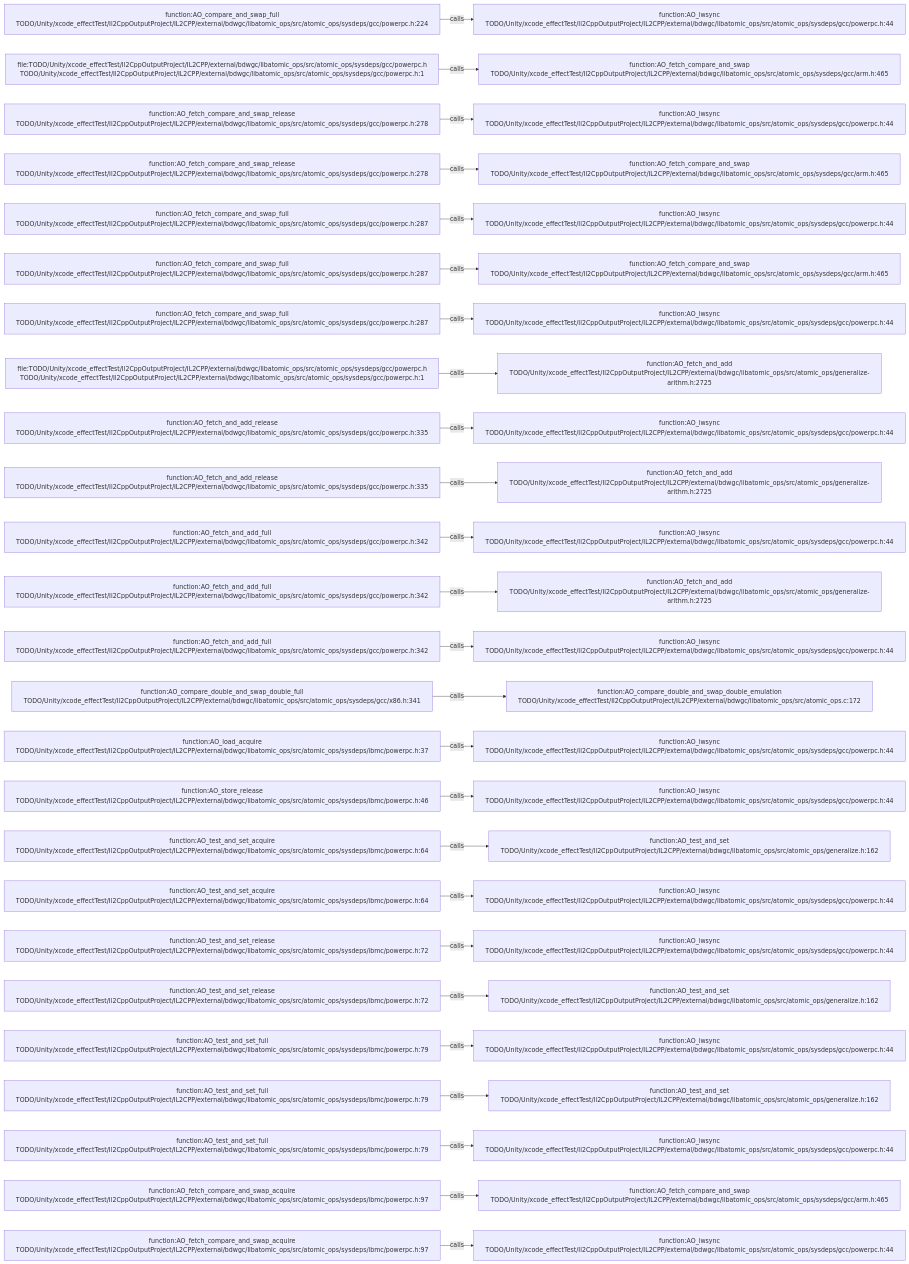
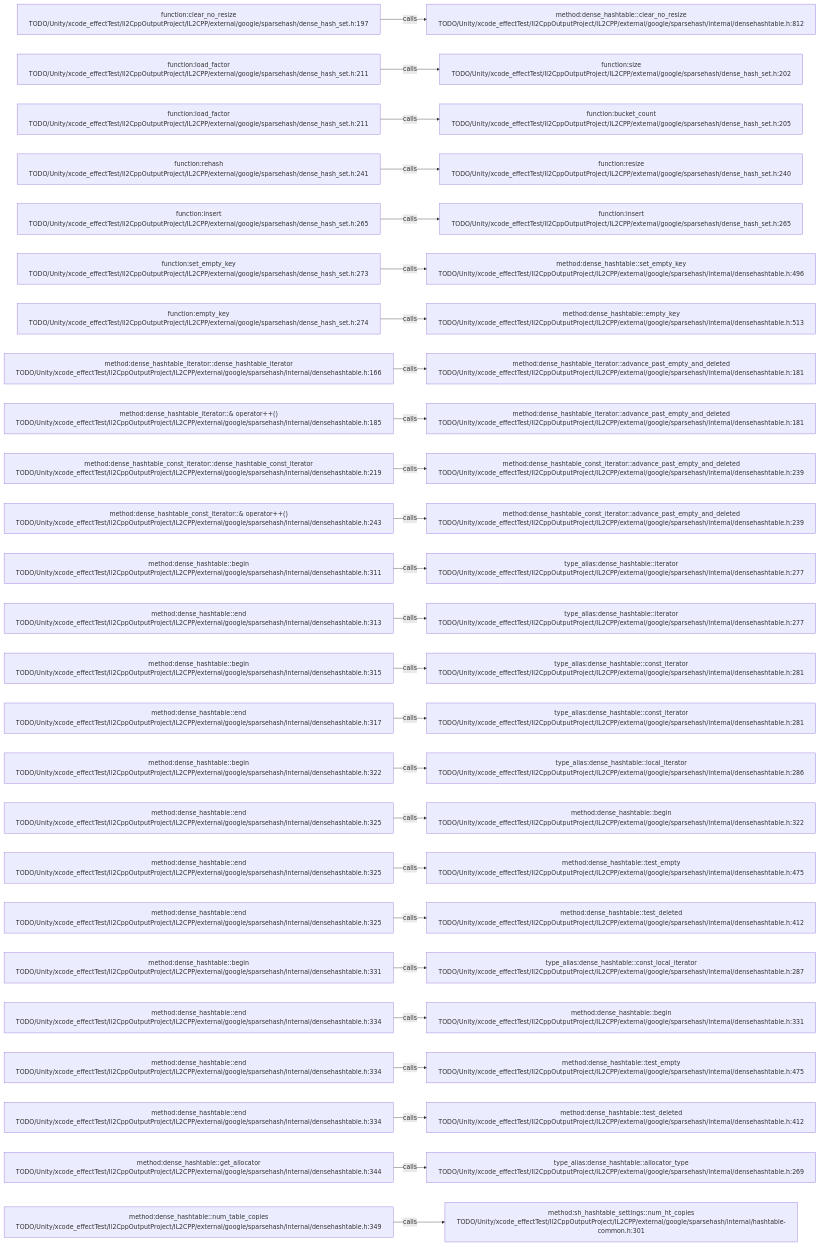
Before and after one commit to JobsKits/JobsSwiftBaseConfigDemo: the diagram in .codegraph/codegraph.md/graphs/calls-191.md, drawn with Mermaid. The commit also changed 227 other files, not shown here.

````diff
--- a/.codegraph/codegraph.md/graphs/calls-191.md
+++ b/.codegraph/codegraph.md/graphs/calls-191.md
@@ -13,78 +13,78 @@
 ```mermaid
 flowchart LR
-  S1["function:AO_compare_and_swap_full<br/>TODO/Unity/xcode_effectTest/Il2CppOutputProject/IL2CPP/external/bdwgc/libatomic_ops/src/atomic_ops/sysdeps/gcc/powerpc.h:224"]
-  T1["function:AO_lwsync<br/>TODO/Unity/xcode_effectTest/Il2CppOutputProject/IL2CPP/external/bdwgc/libatomic_ops/src/atomic_ops/sysdeps/gcc/powerpc.h:44"]
+  S1["function:clear_no_resize<br/>TODO/Unity/xcode_effectTest/Il2CppOutputProject/IL2CPP/external/google/sparsehash/dense_hash_set.h:197"]
+  T1["method:dense_hashtable::clear_no_resize<br/>TODO/Unity/xcode_effectTest/Il2CppOutputProject/IL2CPP/external/google/sparsehash/internal/densehashtable.h:812"]
   S1 -->|calls| T1
-  S2["file:TODO/Unity/xcode_effectTest/Il2CppOutputProject/IL2CPP/external/bdwgc/libatomic_ops/src/atomic_ops/sysdeps/gcc/powerpc.h<br/>TODO/Unity/xcode_effectTest/Il2CppOutputProject/IL2CPP/external/bdwgc/libatomic_ops/src/atomic_ops/sysdeps/gcc/powerpc.h:1"]
-  T2["function:AO_fetch_compare_and_swap<br/>TODO/Unity/xcode_effectTest/Il2CppOutputProject/IL2CPP/external/bdwgc/libatomic_ops/src/atomic_ops/sysdeps/gcc/arm.h:465"]
+  S2["function:load_factor<br/>TODO/Unity/xcode_effectTest/Il2CppOutputProject/IL2CPP/external/google/sparsehash/dense_hash_set.h:211"]
+  T2["function:size<br/>TODO/Unity/xcode_effectTest/Il2CppOutputProject/IL2CPP/external/google/sparsehash/dense_hash_set.h:202"]
   S2 -->|calls| T2
-  S3["function:AO_fetch_compare_and_swap_release<br/>TODO/Unity/xcode_effectTest/Il2CppOutputProject/IL2CPP/external/bdwgc/libatomic_ops/src/atomic_ops/sysdeps/gcc/powerpc.h:278"]
-  T3["function:AO_lwsync<br/>TODO/Unity/xcode_effectTest/Il2CppOutputProject/IL2CPP/external/bdwgc/libatomic_ops/src/atomic_ops/sysdeps/gcc/powerpc.h:44"]
+  S3["function:load_factor<br/>TODO/Unity/xcode_effectTest/Il2CppOutputProject/IL2CPP/external/google/sparsehash/dense_hash_set.h:211"]
+  T3["function:bucket_count<br/>TODO/Unity/xcode_effectTest/Il2CppOutputProject/IL2CPP/external/google/sparsehash/dense_hash_set.h:205"]
   S3 -->|calls| T3
-  S4["function:AO_fetch_compare_and_swap_release<br/>TODO/Unity/xcode_effectTest/Il2CppOutputProject/IL2CPP/external/bdwgc/libatomic_ops/src/atomic_ops/sysdeps/gcc/powerpc.h:278"]
-  T4["function:AO_fetch_compare_and_swap<br/>TODO/Unity/xcode_effectTest/Il2CppOutputProject/IL2CPP/external/bdwgc/libatomic_ops/src/atomic_ops/sysdeps/gcc/arm.h:465"]
+  S4["function:rehash<br/>TODO/Unity/xcode_effectTest/Il2CppOutputProject/IL2CPP/external/google/sparsehash/dense_hash_set.h:241"]
+  T4["function:resize<br/>TODO/Unity/xcode_effectTest/Il2CppOutputProject/IL2CPP/external/google/sparsehash/dense_hash_set.h:240"]
   S4 -->|calls| T4
-  S5["function:AO_fetch_compare_and_swap_full<br/>TODO/Unity/xcode_effectTest/Il2CppOutputProject/IL2CPP/external/bdwgc/libatomic_ops/src/atomic_ops/sysdeps/gcc/powerpc.h:287"]
-  T5["function:AO_lwsync<br/>TODO/Unity/xcode_effectTest/Il2CppOutputProject/IL2CPP/external/bdwgc/libatomic_ops/src/atomic_ops/sysdeps/gcc/powerpc.h:44"]
+  S5["function:insert<br/>TODO/Unity/xcode_effectTest/Il2CppOutputProject/IL2CPP/external/google/sparsehash/dense_hash_set.h:265"]
+  T5["function:insert<br/>TODO/Unity/xcode_effectTest/Il2CppOutputProject/IL2CPP/external/google/sparsehash/dense_hash_set.h:265"]
   S5 -->|calls| T5
-  S6["function:AO_fetch_compare_and_swap_full<br/>TODO/Unity/xcode_effectTest/Il2CppOutputProject/IL2CPP/external/bdwgc/libatomic_ops/src/atomic_ops/sysdeps/gcc/powerpc.h:287"]
-  T6["function:AO_fetch_compare_and_swap<br/>TODO/Unity/xcode_effectTest/Il2CppOutputProject/IL2CPP/external/bdwgc/libatomic_ops/src/atomic_ops/sysdeps/gcc/arm.h:465"]
+  S6["function:set_empty_key<br/>TODO/Unity/xcode_effectTest/Il2CppOutputProject/IL2CPP/external/google/sparsehash/dense_hash_set.h:273"]
+  T6["method:dense_hashtable::set_empty_key<br/>TODO/Unity/xcode_effectTest/Il2CppOutputProject/IL2CPP/external/google/sparsehash/internal/densehashtable.h:496"]
   S6 -->|calls| T6
-  S7["function:AO_fetch_compare_and_swap_full<br/>TODO/Unity/xcode_effectTest/Il2CppOutputProject/IL2CPP/external/bdwgc/libatomic_ops/src/atomic_ops/sysdeps/gcc/powerpc.h:287"]
-  T7["function:AO_lwsync<br/>TODO/Unity/xcode_effectTest/Il2CppOutputProject/IL2CPP/external/bdwgc/libatomic_ops/src/atomic_ops/sysdeps/gcc/powerpc.h:44"]
+  S7["function:empty_key<br/>TODO/Unity/xcode_effectTest/Il2CppOutputProject/IL2CPP/external/google/sparsehash/dense_hash_set.h:274"]
+  T7["method:dense_hashtable::empty_key<br/>TODO/Unity/xcode_effectTest/Il2CppOutputProject/IL2CPP/external/google/sparsehash/internal/densehashtable.h:513"]
   S7 -->|calls| T7
-  S8["file:TODO/Unity/xcode_effectTest/Il2CppOutputProject/IL2CPP/external/bdwgc/libatomic_ops/src/atomic_ops/sysdeps/gcc/powerpc.h<br/>TODO/Unity/xcode_effectTest/Il2CppOutputProject/IL2CPP/external/bdwgc/libatomic_ops/src/atomic_ops/sysdeps/gcc/powerpc.h:1"]
-  T8["function:AO_fetch_and_add<br/>TODO/Unity/xcode_effectTest/Il2CppOutputProject/IL2CPP/external/bdwgc/libatomic_ops/src/atomic_ops/generalize-arithm.h:2725"]
+  S8["method:dense_hashtable_iterator::dense_hashtable_iterator<br/>TODO/Unity/xcode_effectTest/Il2CppOutputProject/IL2CPP/external/google/sparsehash/internal/densehashtable.h:166"]
+  T8["method:dense_hashtable_iterator::advance_past_empty_and_deleted<br/>TODO/Unity/xcode_effectTest/Il2CppOutputProject/IL2CPP/external/google/sparsehash/internal/densehashtable.h:181"]
   S8 -->|calls| T8
-  S9["function:AO_fetch_and_add_release<br/>TODO/Unity/xcode_effectTest/Il2CppOutputProject/IL2CPP/external/bdwgc/libatomic_ops/src/atomic_ops/sysdeps/gcc/powerpc.h:335"]
-  T9["function:AO_lwsync<br/>TODO/Unity/xcode_effectTest/Il2CppOutputProject/IL2CPP/external/bdwgc/libatomic_ops/src/atomic_ops/sysdeps/gcc/powerpc.h:44"]
+  S9["method:dense_hashtable_iterator::& operator++()<br/>TODO/Unity/xcode_effectTest/Il2CppOutputProject/IL2CPP/external/google/sparsehash/internal/densehashtable.h:185"]
+  T9["method:dense_hashtable_iterator::advance_past_empty_and_deleted<br/>TODO/Unity/xcode_effectTest/Il2CppOutputProject/IL2CPP/external/google/sparsehash/internal/densehashtable.h:181"]
   S9 -->|calls| T9
-  S10["function:AO_fetch_and_add_release<br/>TODO/Unity/xcode_effectTest/Il2CppOutputProject/IL2CPP/external/bdwgc/libatomic_ops/src/atomic_ops/sysdeps/gcc/powerpc.h:335"]
-  T10["function:AO_fetch_and_add<br/>TODO/Unity/xcode_effectTest/Il2CppOutputProject/IL2CPP/external/bdwgc/libatomic_ops/src/atomic_ops/generalize-arithm.h:2725"]
+  S10["method:dense_hashtable_const_iterator::dense_hashtable_const_iterator<br/>TODO/Unity/xcode_effectTest/Il2CppOutputProject/IL2CPP/external/google/sparsehash/internal/densehashtable.h:219"]
+  T10["method:dense_hashtable_const_iterator::advance_past_empty_and_deleted<br/>TODO/Unity/xcode_effectTest/Il2CppOutputProject/IL2CPP/external/google/sparsehash/internal/densehashtable.h:239"]
   S10 -->|calls| T10
-  S11["function:AO_fetch_and_add_full<br/>TODO/Unity/xcode_effectTest/Il2CppOutputProject/IL2CPP/external/bdwgc/libatomic_ops/src/atomic_ops/sysdeps/gcc/powerpc.h:342"]
-  T11["function:AO_lwsync<br/>TODO/Unity/xcode_effectTest/Il2CppOutputProject/IL2CPP/external/bdwgc/libatomic_ops/src/atomic_ops/sysdeps/gcc/powerpc.h:44"]
+  S11["method:dense_hashtable_const_iterator::& operator++()<br/>TODO/Unity/xcode_effectTest/Il2CppOutputProject/IL2CPP/external/google/sparsehash/internal/densehashtable.h:243"]
+  T11["method:dense_hashtable_const_iterator::advance_past_empty_and_deleted<br/>TODO/Unity/xcode_effectTest/Il2CppOutputProject/IL2CPP/external/google/sparsehash/internal/densehashtable.h:239"]
   S11 -->|calls| T11
-  S12["function:AO_fetch_and_add_full<br/>TODO/Unity/xcode_effectTest/Il2CppOutputProject/IL2CPP/external/bdwgc/libatomic_ops/src/atomic_ops/sysdeps/gcc/powerpc.h:342"]
-  T12["function:AO_fetch_and_add<br/>TODO/Unity/xcode_effectTest/Il2CppOutputProject/IL2CPP/external/bdwgc/libatomic_ops/src/atomic_ops/generalize-arithm.h:2725"]
+  S12["method:dense_hashtable::begin<br/>TODO/Unity/xcode_effectTest/Il2CppOutputProject/IL2CPP/external/google/sparsehash/internal/densehashtable.h:311"]
+  T12["type_alias:dense_hashtable::iterator<br/>TODO/Unity/xcode_effectTest/Il2CppOutputProject/IL2CPP/external/google/sparsehash/internal/densehashtable.h:277"]
   S12 -->|calls| T12
-  S13["function:AO_fetch_and_add_full<br/>TODO/Unity/xcode_effectTest/Il2CppOutputProject/IL2CPP/external/bdwgc/libatomic_ops/src/atomic_ops/sysdeps/gcc/powerpc.h:342"]
-  T13["function:AO_lwsync<br/>TODO/Unity/xcode_effectTest/Il2CppOutputProject/IL2CPP/external/bdwgc/libatomic_ops/src/atomic_ops/sysdeps/gcc/powerpc.h:44"]
+  S13["method:dense_hashtable::end<br/>TODO/Unity/xcode_effectTest/Il2CppOutputProject/IL2CPP/external/google/sparsehash/internal/densehashtable.h:313"]
+  T13["type_alias:dense_hashtable::iterator<br/>TODO/Unity/xcode_effectTest/Il2CppOutputProject/IL2CPP/external/google/sparsehash/internal/densehashtable.h:277"]
   S13 -->|calls| T13
-  S14["function:AO_compare_double_and_swap_double_full<br/>TODO/Unity/xcode_effectTest/Il2CppOutputProject/IL2CPP/external/bdwgc/libatomic_ops/src/atomic_ops/sysdeps/gcc/x86.h:341"]
-  T14["function:AO_compare_double_and_swap_double_emulation<br/>TODO/Unity/xcode_effectTest/Il2CppOutputProject/IL2CPP/external/bdwgc/libatomic_ops/src/atomic_ops.c:172"]
+  S14["method:dense_hashtable::begin<br/>TODO/Unity/xcode_effectTest/Il2CppOutputProject/IL2CPP/external/google/sparsehash/internal/densehashtable.h:315"]
+  T14["type_alias:dense_hashtable::const_iterator<br/>TODO/Unity/xcode_effectTest/Il2CppOutputProject/IL2CPP/external/google/sparsehash/internal/densehashtable.h:281"]
   S14 -->|calls| T14
-  S15["function:AO_load_acquire<br/>TODO/Unity/xcode_effectTest/Il2CppOutputProject/IL2CPP/external/bdwgc/libatomic_ops/src/atomic_ops/sysdeps/ibmc/powerpc.h:37"]
-  T15["function:AO_lwsync<br/>TODO/Unity/xcode_effectTest/Il2CppOutputProject/IL2CPP/external/bdwgc/libatomic_ops/src/atomic_ops/sysdeps/gcc/powerpc.h:44"]
+  S15["method:dense_hashtable::end<br/>TODO/Unity/xcode_effectTest/Il2CppOutputProject/IL2CPP/external/google/sparsehash/internal/densehashtable.h:317"]
+  T15["type_alias:dense_hashtable::const_iterator<br/>TODO/Unity/xcode_effectTest/Il2CppOutputProject/IL2CPP/external/google/sparsehash/internal/densehashtable.h:281"]
   S15 -->|calls| T15
-  S16["function:AO_store_release<br/>TODO/Unity/xcode_effectTest/Il2CppOutputProject/IL2CPP/external/bdwgc/libatomic_ops/src/atomic_ops/sysdeps/ibmc/powerpc.h:46"]
-  T16["function:AO_lwsync<br/>TODO/Unity/xcode_effectTest/Il2CppOutputProject/IL2CPP/external/bdwgc/libatomic_ops/src/atomic_ops/sysdeps/gcc/powerpc.h:44"]
+  S16["method:dense_hashtable::begin<br/>TODO/Unity/xcode_effectTest/Il2CppOutputProject/IL2CPP/external/google/sparsehash/internal/densehashtable.h:322"]
+  T16["type_alias:dense_hashtable::local_iterator<br/>TODO/Unity/xcode_effectTest/Il2CppOutputProject/IL2CPP/external/google/sparsehash/internal/densehashtable.h:286"]
   S16 -->|calls| T16
-  S17["function:AO_test_and_set_acquire<br/>TODO/Unity/xcode_effectTest/Il2CppOutputProject/IL2CPP/external/bdwgc/libatomic_ops/src/atomic_ops/sysdeps/ibmc/powerpc.h:64"]
-  T17["function:AO_test_and_set<br/>TODO/Unity/xcode_effectTest/Il2CppOutputProject/IL2CPP/external/bdwgc/libatomic_ops/src/atomic_ops/generalize.h:162"]
+  S17["method:dense_hashtable::end<br/>TODO/Unity/xcode_effectTest/Il2CppOutputProject/IL2CPP/external/google/sparsehash/internal/densehashtable.h:325"]
+  T17["method:dense_hashtable::begin<br/>TODO/Unity/xcode_effectTest/Il2CppOutputProject/IL2CPP/external/google/sparsehash/internal/densehashtable.h:322"]
   S17 -->|calls| T17
-  S18["function:AO_test_and_set_acquire<br/>TODO/Unity/xcode_effectTest/Il2CppOutputProject/IL2CPP/external/bdwgc/libatomic_ops/src/atomic_ops/sysdeps/ibmc/powerpc.h:64"]
-  T18["function:AO_lwsync<br/>TODO/Unity/xcode_effectTest/Il2CppOutputProject/IL2CPP/external/bdwgc/libatomic_ops/src/atomic_ops/sysdeps/gcc/powerpc.h:44"]
+  S18["method:dense_hashtable::end<br/>TODO/Unity/xcode_effectTest/Il2CppOutputProject/IL2CPP/external/google/sparsehash/internal/densehashtable.h:325"]
+  T18["method:dense_hashtable::test_empty<br/>TODO/Unity/xcode_effectTest/Il2CppOutputProject/IL2CPP/external/google/sparsehash/internal/densehashtable.h:475"]
   S18 -->|calls| T18
-  S19["function:AO_test_and_set_release<br/>TODO/Unity/xcode_effectTest/Il2CppOutputProject/IL2CPP/external/bdwgc/libatomic_ops/src/atomic_ops/sysdeps/ibmc/powerpc.h:72"]
-  T19["function:AO_lwsync<br/>TODO/Unity/xcode_effectTest/Il2CppOutputProject/IL2CPP/external/bdwgc/libatomic_ops/src/atomic_ops/sysdeps/gcc/powerpc.h:44"]
+  S19["method:dense_hashtable::end<br/>TODO/Unity/xcode_effectTest/Il2CppOutputProject/IL2CPP/external/google/sparsehash/internal/densehashtable.h:325"]
+  T19["method:dense_hashtable::test_deleted<br/>TODO/Unity/xcode_effectTest/Il2CppOutputProject/IL2CPP/external/google/sparsehash/internal/densehashtable.h:412"]
   S19 -->|calls| T19
-  S20["function:AO_test_and_set_release<br/>TODO/Unity/xcode_effectTest/Il2CppOutputProject/IL2CPP/external/bdwgc/libatomic_ops/src/atomic_ops/sysdeps/ibmc/powerpc.h:72"]
-  T20["function:AO_test_and_set<br/>TODO/Unity/xcode_effectTest/Il2CppOutputProject/IL2CPP/external/bdwgc/libatomic_ops/src/atomic_ops/generalize.h:162"]
+  S20["method:dense_hashtable::begin<br/>TODO/Unity/xcode_effectTest/Il2CppOutputProject/IL2CPP/external/google/sparsehash/internal/densehashtable.h:331"]
+  T20["type_alias:dense_hashtable::const_local_iterator<br/>TODO/Unity/xcode_effectTest/Il2CppOutputProject/IL2CPP/external/google/sparsehash/internal/densehashtable.h:287"]
   S20 -->|calls| T20
-  S21["function:AO_test_and_set_full<br/>TODO/Unity/xcode_effectTest/Il2CppOutputProject/IL2CPP/external/bdwgc/libatomic_ops/src/atomic_ops/sysdeps/ibmc/powerpc.h:79"]
-  T21["function:AO_lwsync<br/>TODO/Unity/xcode_effectTest/Il2CppOutputProject/IL2CPP/external/bdwgc/libatomic_ops/src/atomic_ops/sysdeps/gcc/powerpc.h:44"]
+  S21["method:dense_hashtable::end<br/>TODO/Unity/xcode_effectTest/Il2CppOutputProject/IL2CPP/external/google/sparsehash/internal/densehashtable.h:334"]
+  T21["method:dense_hashtable::begin<br/>TODO/Unity/xcode_effectTest/Il2CppOutputProject/IL2CPP/external/google/sparsehash/internal/densehashtable.h:331"]
   S21 -->|calls| T21
-  S22["function:AO_test_and_set_full<br/>TODO/Unity/xcode_effectTest/Il2CppOutputProject/IL2CPP/external/bdwgc/libatomic_ops/src/atomic_ops/sysdeps/ibmc/powerpc.h:79"]
-  T22["function:AO_test_and_set<br/>TODO/Unity/xcode_effectTest/Il2CppOutputProject/IL2CPP/external/bdwgc/libatomic_ops/src/atomic_ops/generalize.h:162"]
+  S22["method:dense_hashtable::end<br/>TODO/Unity/xcode_effectTest/Il2CppOutputProject/IL2CPP/external/google/sparsehash/internal/densehashtable.h:334"]
+  T22["method:dense_hashtable::test_empty<br/>TODO/Unity/xcode_effectTest/Il2CppOutputProject/IL2CPP/external/google/sparsehash/internal/densehashtable.h:475"]
   S22 -->|calls| T22
-  S23["function:AO_test_and_set_full<br/>TODO/Unity/xcode_effectTest/Il2CppOutputProject/IL2CPP/external/bdwgc/libatomic_ops/src/atomic_ops/sysdeps/ibmc/powerpc.h:79"]
-  T23["function:AO_lwsync<br/>TODO/Unity/xcode_effectTest/Il2CppOutputProject/IL2CPP/external/bdwgc/libatomic_ops/src/atomic_ops/sysdeps/gcc/powerpc.h:44"]
+  S23["method:dense_hashtable::end<br/>TODO/Unity/xcode_effectTest/Il2CppOutputProject/IL2CPP/external/google/sparsehash/internal/densehashtable.h:334"]
+  T23["method:dense_hashtable::test_deleted<br/>TODO/Unity/xcode_effectTest/Il2CppOutputProject/IL2CPP/external/google/sparsehash/internal/densehashtable.h:412"]
   S23 -->|calls| T23
-  S24["function:AO_fetch_compare_and_swap_acquire<br/>TODO/Unity/xcode_effectTest/Il2CppOutputProject/IL2CPP/external/bdwgc/libatomic_ops/src/atomic_ops/sysdeps/ibmc/powerpc.h:97"]
-  T24["function:AO_fetch_compare_and_swap<br/>TODO/Unity/xcode_effectTest/Il2CppOutputProject/IL2CPP/external/bdwgc/libatomic_ops/src/atomic_ops/sysdeps/gcc/arm.h:465"]
+  S24["method:dense_hashtable::get_allocator<br/>TODO/Unity/xcode_effectTest/Il2CppOutputProject/IL2CPP/external/google/sparsehash/internal/densehashtable.h:344"]
+  T24["type_alias:dense_hashtable::allocator_type<br/>TODO/Unity/xcode_effectTest/Il2CppOutputProject/IL2CPP/external/google/sparsehash/internal/densehashtable.h:269"]
   S24 -->|calls| T24
-  S25["function:AO_fetch_compare_and_swap_acquire<br/>TODO/Unity/xcode_effectTest/Il2CppOutputProject/IL2CPP/external/bdwgc/libatomic_ops/src/atomic_ops/sysdeps/ibmc/powerpc.h:97"]
-  T25["function:AO_lwsync<br/>TODO/Unity/xcode_effectTest/Il2CppOutputProject/IL2CPP/external/bdwgc/libatomic_ops/src/atomic_ops/sysdeps/gcc/powerpc.h:44"]
+  S25["method:dense_hashtable::num_table_copies<br/>TODO/Unity/xcode_effectTest/Il2CppOutputProject/IL2CPP/external/google/sparsehash/internal/densehashtable.h:349"]
+  T25["method:sh_hashtable_settings::num_ht_copies<br/>TODO/Unity/xcode_effectTest/Il2CppOutputProject/IL2CPP/external/google/sparsehash/internal/hashtable-common.h:301"]
   S25 -->|calls| T25
 ```
````
